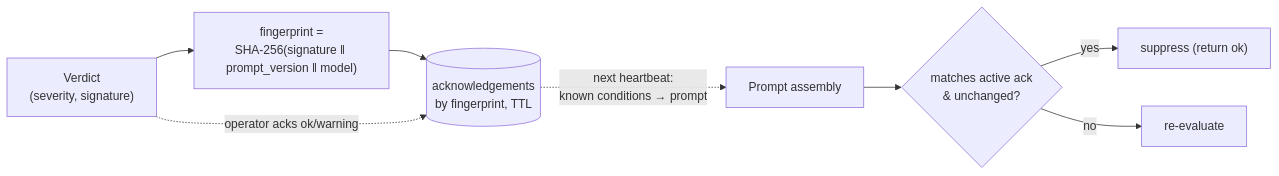
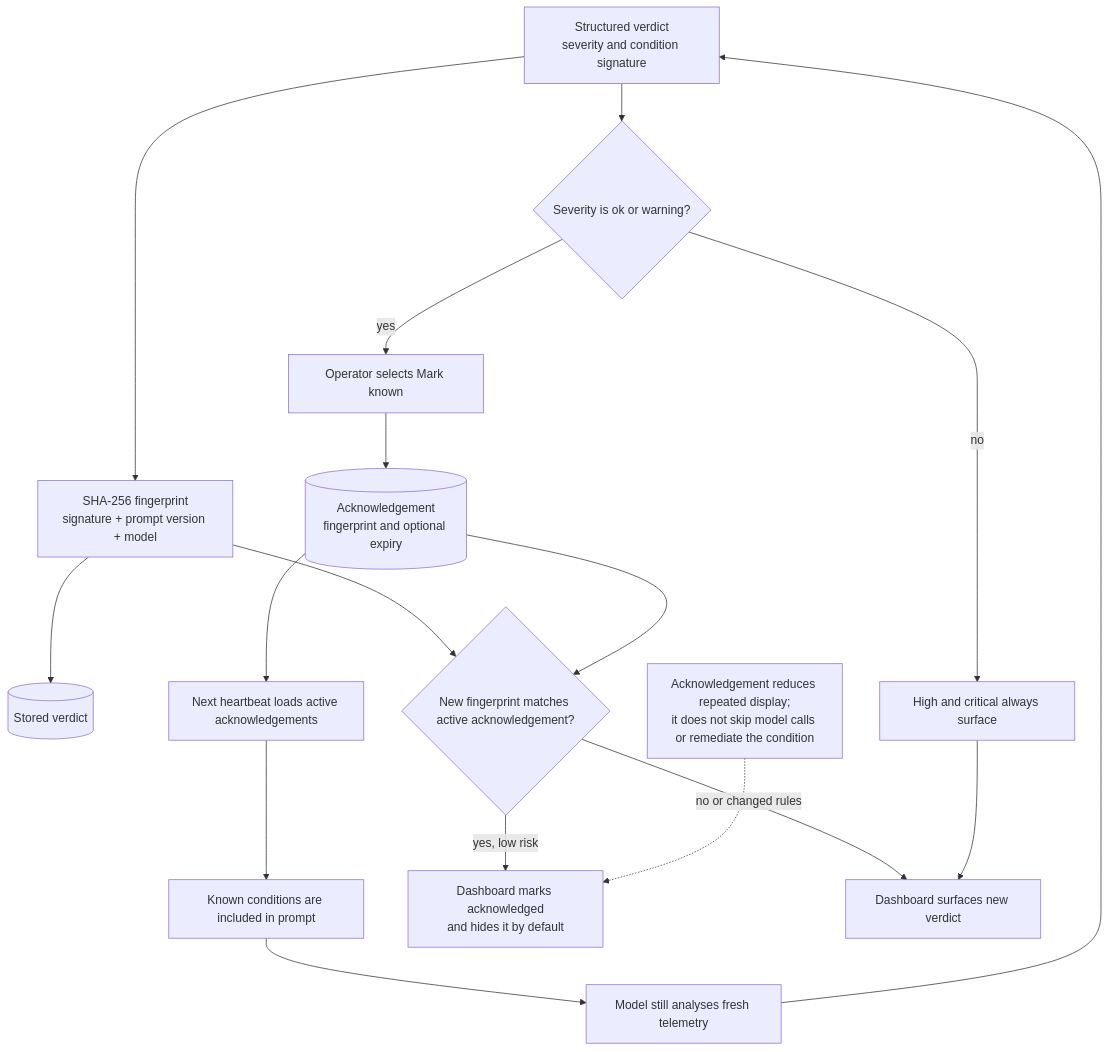
Before and after one commit to sagesta/infraguad_ai: the diagram in docs/masters_project/figures/mermaid/fig_4_2_llm_classes.mmd, drawn with Mermaid. The commit also changed 171 other files, not shown here.

```diff
--- a/docs/masters_project/figures/mermaid/fig_4_2_llm_classes.mmd
+++ b/docs/masters_project/figures/mermaid/fig_4_2_llm_classes.mmd
@@ -1,13 +1,31 @@
 %% Figure 4.2 — Verdict-Memory Fingerprint and Acknowledgement Flow
-%% Appears in: Chapter 4, Section 4.2.5 (The Verdict-Memory)
+%% Appears in: Chapter 4, Verdict-Memory
 %% Render to: ../fig_4_2_llm_classes.png
-%% NOTE: a change to the signature, prompt_version, or model yields a new
-%% fingerprint so the prior acknowledgement lapses; high/critical are never suppressed.
-flowchart LR
-  V["Verdict<br/>(severity, signature)"] --> FP["fingerprint =<br/>SHA-256(signature ‖ prompt_version ‖ model)"]
-  FP --> ACK[("acknowledgements<br/>by fingerprint, TTL")]
-  V -.->|operator acks ok/warning| ACK
-  ACK -.->|next heartbeat:<br/>known conditions → prompt| PROMPT["Prompt assembly"]
-  PROMPT --> SUP{"matches active ack<br/>& unchanged?"}
-  SUP -->|yes| HIDE["suppress (return ok)"]
-  SUP -->|no| SHOW["re-evaluate"]
+flowchart TB
+  V["Structured verdict<br/>severity and condition signature"]
+  FP["SHA-256 fingerprint<br/>signature + prompt version + model"]
+  ROW[("Stored verdict")]
+  LOW{"Severity is ok or warning?"}
+  MARK["Operator selects Mark known"]
+  ACK[("Acknowledgement<br/>fingerprint and optional expiry")]
+  NEXT["Next heartbeat loads active acknowledgements"]
+  PROMPT["Known conditions are included in prompt"]
+  MODEL["Model still analyses fresh telemetry"]
+  MATCH{"New fingerprint matches active acknowledgement?"}
+  HIDE["Dashboard marks acknowledged<br/>and hides it by default"]
+  SHOW["Dashboard surfaces new verdict"]
+  HIGH["High and critical always surface"]
+
+  V --> FP --> ROW
+  V --> LOW
+  LOW -->|"yes"| MARK --> ACK
+  LOW -->|"no"| HIGH
+  ACK --> NEXT --> PROMPT --> MODEL --> V
+  FP --> MATCH
+  ACK --> MATCH
+  MATCH -->|"yes, low risk"| HIDE
+  MATCH -->|"no or changed rules"| SHOW
+  HIGH --> SHOW
+
+  NOTE["Acknowledgement reduces repeated display;<br/>it does not skip model calls or remediate the condition"]
+  NOTE -.-> HIDE
```
